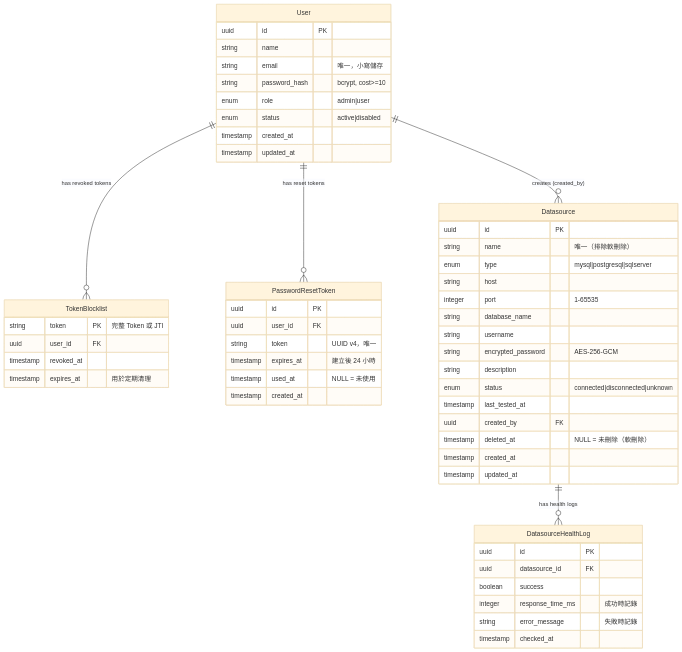
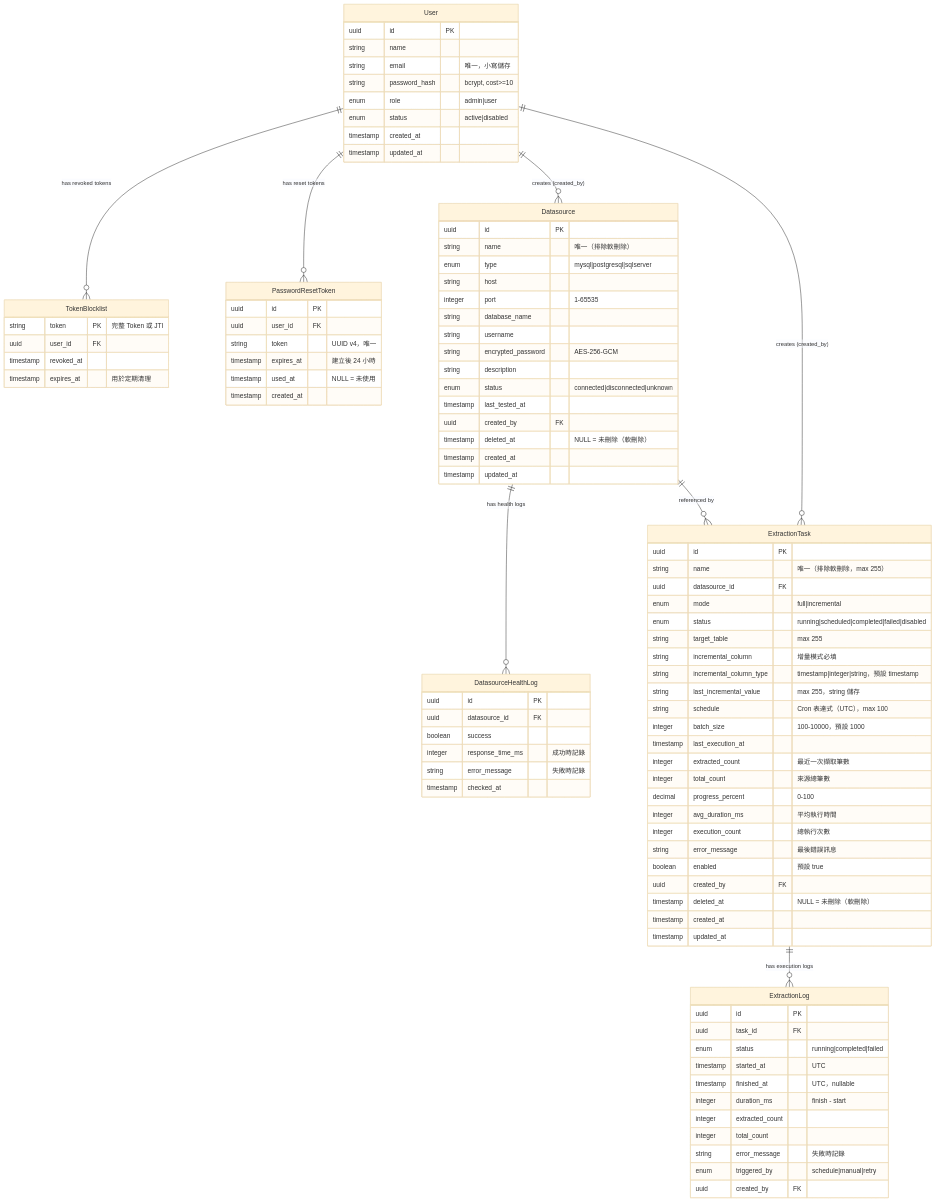
The fifth of 12 diagrams in docs/specs/architecture-spec.md (wisewhalesoft/cdmp-mvp), drawn with Mermaid (base theme) before and after one commit. The commit also changed other lines of this file, not shown here.

````diff
--- a/docs/specs/architecture-spec.md
+++ b/docs/specs/architecture-spec.md
@@ -415,8 +458,51 @@
         timestamp checked_at
     }
 
+    ExtractionTask {
+        uuid id PK
+        string name "唯一（排除軟刪除，max 255）"
+        uuid datasource_id FK
+        enum mode "full|incremental"
+        enum status "running|scheduled|completed|failed|disabled"
+        string target_table "max 255"
+        string incremental_column "增量模式必填"
+        string incremental_column_type "timestamp|integer|string，預設 timestamp"
+        string last_incremental_value "max 255，string 儲存"
+        string schedule "Cron 表達式（UTC），max 100"
+        integer batch_size "100-10000，預設 1000"
+        timestamp last_execution_at
+        integer extracted_count "最近一次擷取筆數"
+        integer total_count "來源總筆數"
+        decimal progress_percent "0-100"
+        integer avg_duration_ms "平均執行時間"
+        integer execution_count "總執行次數"
+        string error_message "最後錯誤訊息"
+        boolean enabled "預設 true"
+        uuid created_by FK
+        timestamp deleted_at "NULL = 未刪除（軟刪除）"
+        timestamp created_at
+        timestamp updated_at
+    }
+
+    ExtractionLog {
+        uuid id PK
+        uuid task_id FK
+        enum status "running|completed|failed"
+        timestamp started_at "UTC"
+        timestamp finished_at "UTC，nullable"
+        integer duration_ms "finish - start"
+        integer extracted_count
+        integer total_count
+        string error_message "失敗時記錄"
+        enum triggered_by "schedule|manual|retry"
+        uuid created_by FK
+    }
+
     User ||--o{ TokenBlocklist : "has revoked tokens"
     User ||--o{ PasswordResetToken : "has reset tokens"
     User ||--o{ Datasource : "creates (created_by)"
+    User ||--o{ ExtractionTask : "creates (created_by)"
     Datasource ||--o{ DatasourceHealthLog : "has health logs"
+    Datasource ||--o{ ExtractionTask : "referenced by"
+    ExtractionTask ||--o{ ExtractionLog : "has execution logs"
 ```
````
